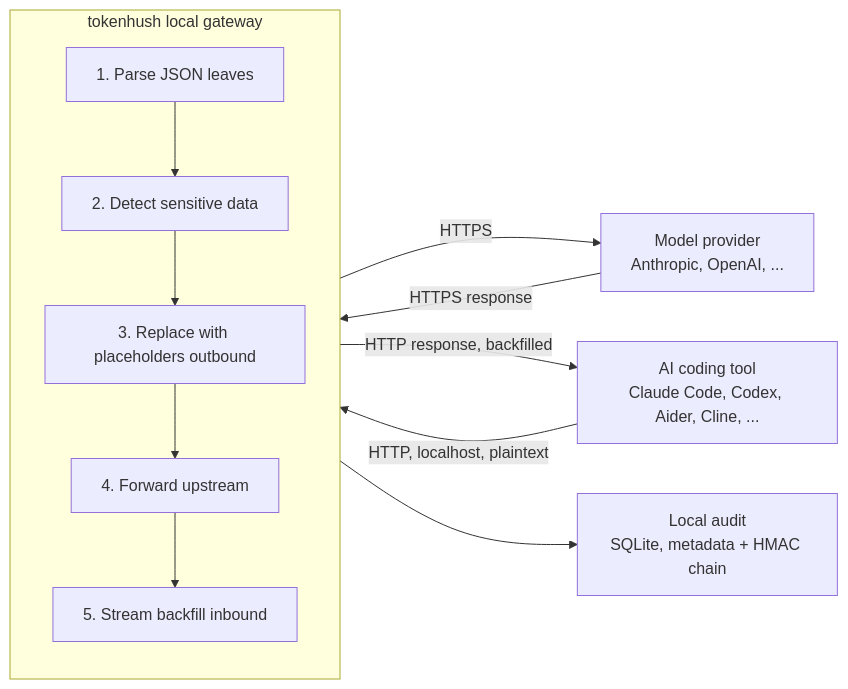
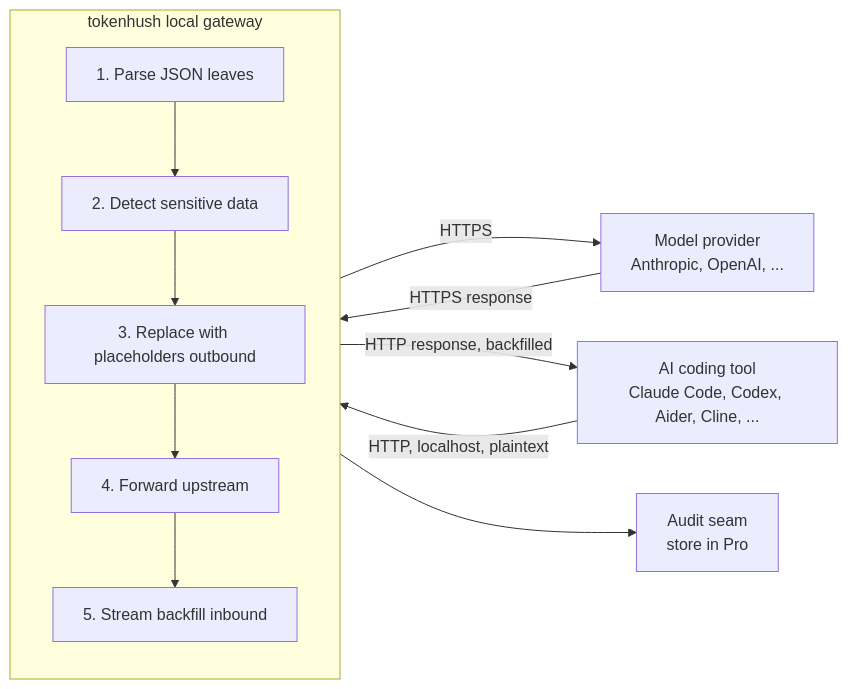
The diagram in docs/architecture.md (fregie/tokenhush), drawn with Mermaid before and after one commit. The commit also changed other lines of this file and 24 other files, not shown here.

````diff
--- a/docs/architecture.md
+++ b/docs/architecture.md
@@ -29,22 +29,22 @@
 ```mermaid
 flowchart LR
   Tool["AI coding tool<br/>Claude Code, Codex, Aider, Cline, ..."]
   Up["Model provider<br/>Anthropic, OpenAI, ..."]
-  Store["Local audit<br/>SQLite, metadata + HMAC chain"]
+  Store["Audit seam<br/>store in Pro"]
 
   subgraph GW["tokenhush local gateway"]
     direction TB
     S1["1. Parse JSON leaves"]
     S2["2. Detect sensitive data"]
     S3["3. Replace with placeholders outbound"]
     S4["4. Forward upstream"]
     S5["5. Stream backfill inbound"]
     S1 --> S2 --> S3 --> S4 --> S5
   end
 
   Tool -- "HTTP, localhost, plaintext" --> GW
   GW -- "HTTPS" --> Up
   Up -- "HTTPS response" --> GW
   GW -- "HTTP response, backfilled" --> Tool
   GW --> Store
 ```
````
